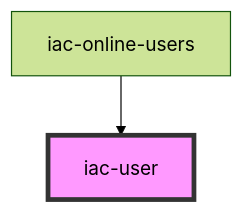
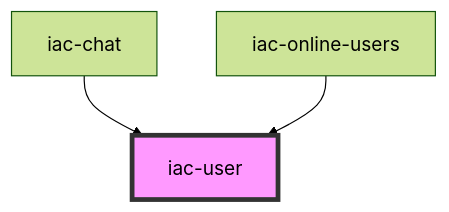
The diagram in src/components/user/readme.md (mbuckley/hackathon-in-app-chat), drawn with Mermaid (forest theme) before and after one commit. The commit also changed other lines of this file and 61 other files, not shown here.

````diff
--- a/src/components/user/readme.md
+++ b/src/components/user/readme.md
@@ -23,5 +24,6 @@
 ```mermaid
 graph TD;
+  iac-chat --> iac-user
   iac-online-users --> iac-user
   style iac-user fill:#f9f,stroke:#333,stroke-width:4px
 ```
````
